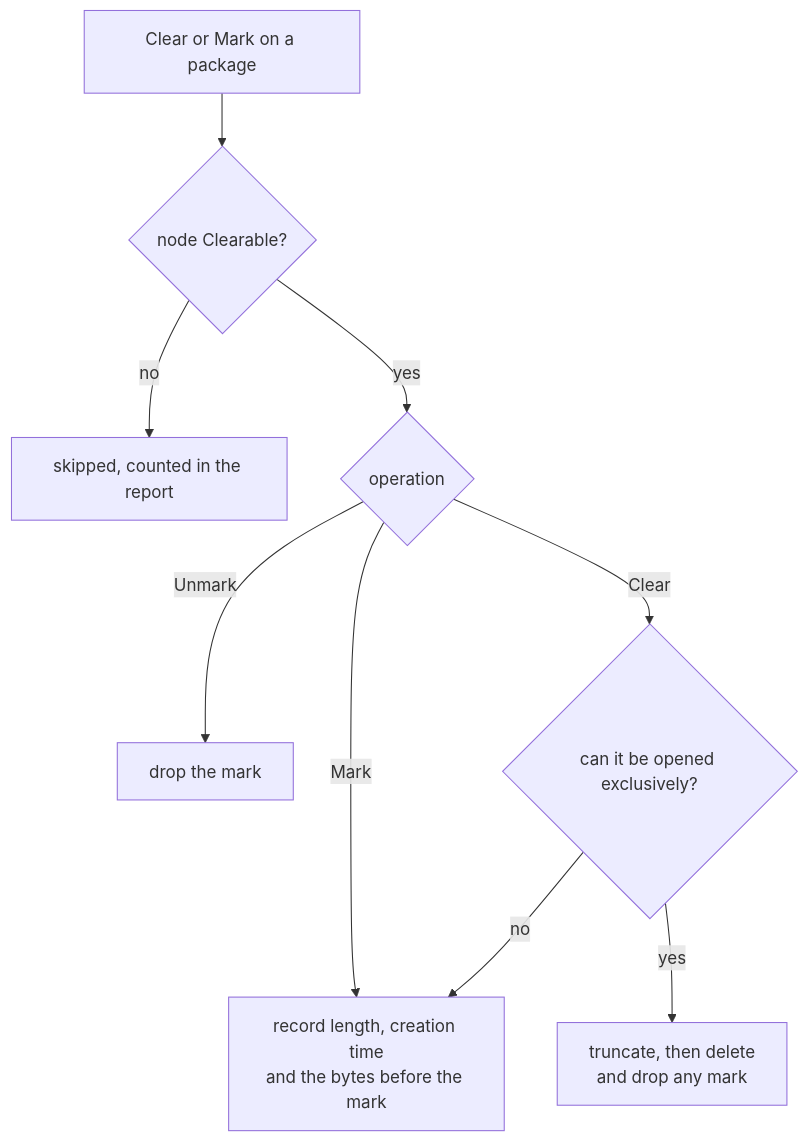
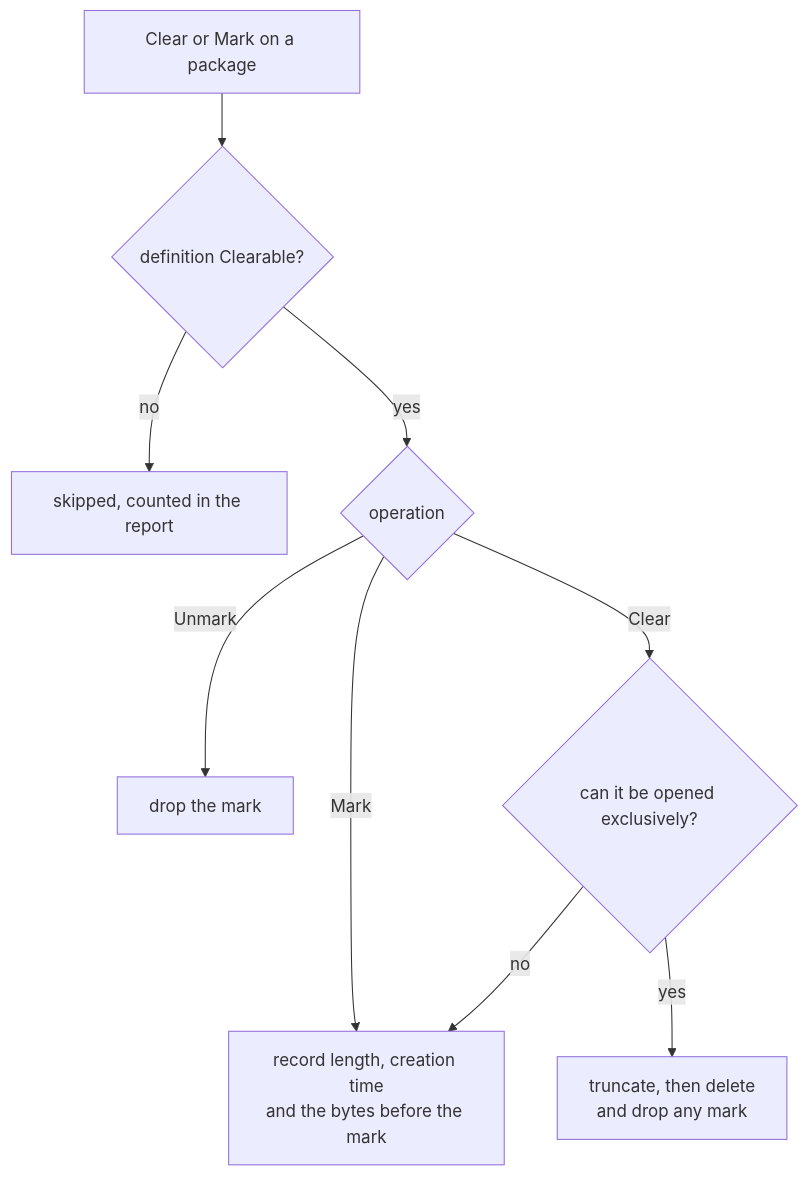
Before and after one commit to pjanec/dirigent: the diagram in docs/MarkAndClear.md, drawn with Mermaid. The commit also changed other lines of this file and 7 other files, not shown here.

````diff
--- a/docs/MarkAndClear.md
+++ b/docs/MarkAndClear.md
@@ -201,11 +201,11 @@
 ```mermaid
 flowchart TD
-    A[Clear or Mark on a package] --> B{node Clearable?}
+    A[Clear or Mark on a package] --> B{definition Clearable?}
     B -- no --> S[skipped, counted in the report]
     B -- yes --> C{operation}
     C -- Mark --> M[record length, creation time<br/>and the bytes before the mark]
     C -- Unmark --> U[drop the mark]
     C -- Clear --> D{can it be opened exclusively?}
     D -- yes --> E[truncate, then delete<br/>and drop any mark]
     D -- no --> M
 ```
````
